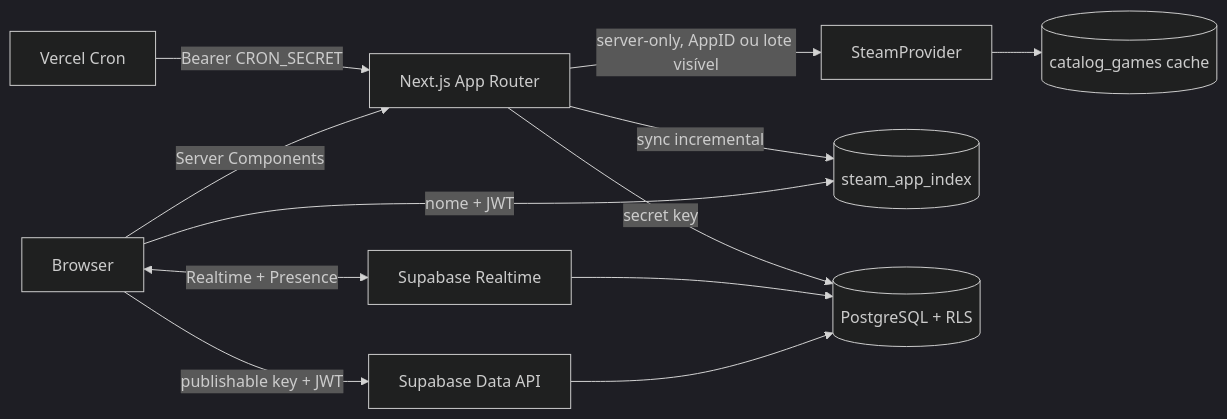
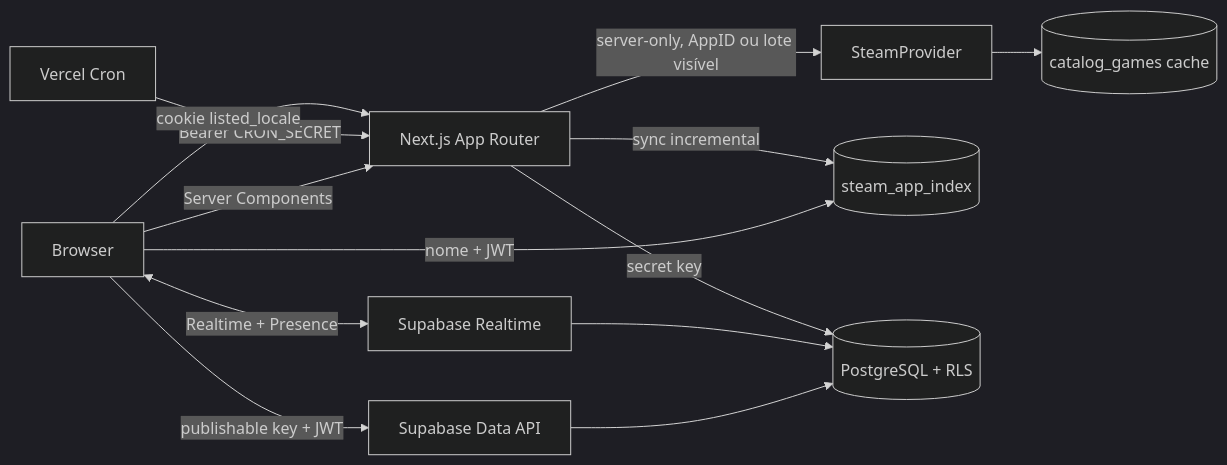
The diagram in docs/architecture.md (guisba/Listed), drawn with Mermaid (dark theme) before and after one commit. The commit also changed other lines of this file and 50 other files, not shown here.

````diff
--- a/docs/architecture.md
+++ b/docs/architecture.md
@@ -5,14 +5,15 @@
 ```mermaid
 flowchart LR
   B[Browser] -->|Server Components| N[Next.js App Router]
   B -->|publishable key + JWT| S[Supabase Data API]
   B <-->|Realtime + Presence| R[Supabase Realtime]
   N -->|server-only, AppID ou lote visível| ST[SteamProvider]
   ST --> C[(catalog_games cache)]
   B -->|nome + JWT| I[(steam_app_index)]
   N -->|sync incremental| I
   S --> P[(PostgreSQL + RLS)]
   R --> P
   V[Vercel Cron] -->|Bearer CRON_SECRET| N
   N -->|secret key| P
+  B -->|cookie listed_locale| N
 ```
````
